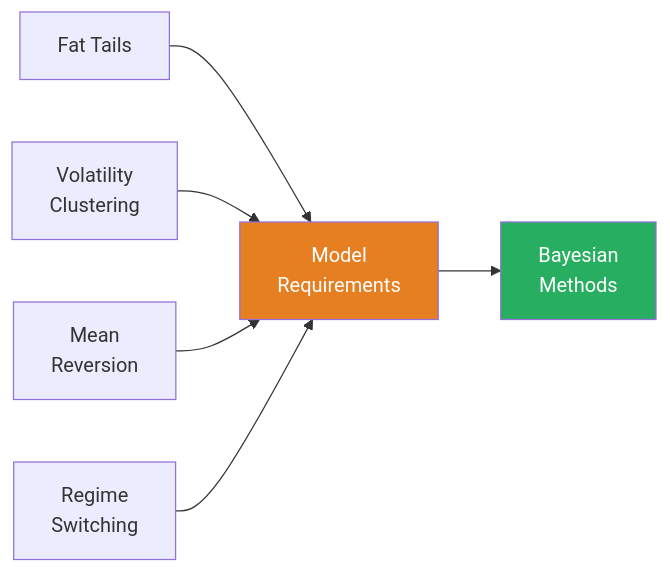
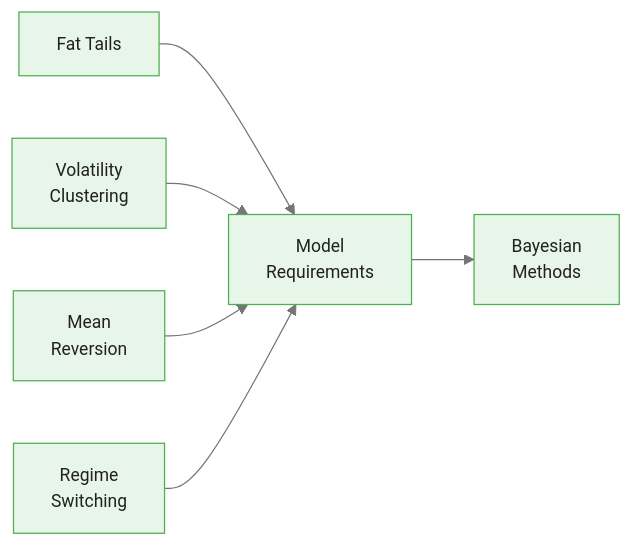
Before and after one commit to m-deane/course-creator: the fourth of 6 diagrams in courses/bayesian-commodity-forecasting/modules/module_00_foundations/guides/02_commodity_markets_intro_slides.md, drawn with Mermaid. The commit also changed other lines of this file and 104 other files, not shown here.

````diff
--- a/courses/bayesian-commodity-forecasting/modules/module_00_foundations/guides/02_commodity_markets_intro_slides.md
+++ b/courses/bayesian-commodity-forecasting/modules/module_00_foundations/guides/02_commodity_markets_intro_slides.md
@@ -343,10 +358,9 @@
 ```mermaid
+%%{init: {"theme": "base", "themeVariables": {"primaryColor": "#e8f5e9", "primaryBorderColor": "#4caf50", "primaryTextColor": "#212121", "secondaryColor": "#e3f2fd", "tertiaryColor": "#fff8e1", "lineColor": "#757575", "fontFamily": "Inter, sans-serif", "fontSize": "14px"}}}%%
 flowchart LR
     FT["Fat Tails"] --> MR["Model\nRequirements"]
     VC["Volatility\nClustering"] --> MR
     MRv["Mean\nReversion"] --> MR
     RS["Regime\nSwitching"] --> MR
     MR --> BM["Bayesian\nMethods"]
-    style BM fill:#27ae60,color:#fff
-    style MR fill:#e67e22,color:#fff
 ```
````
